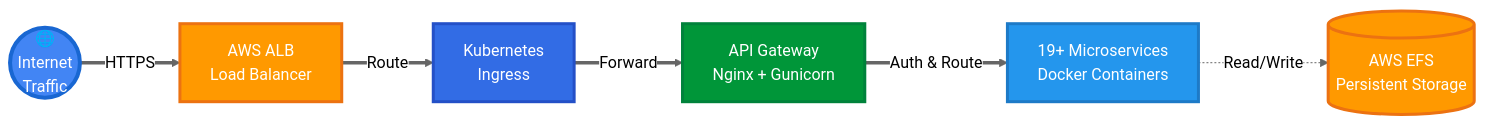
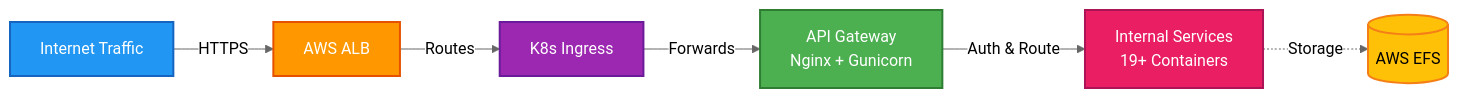
Before and after one commit to AdilAbubacker/rentezy_frontend: the first of 8 diagrams in README.md, drawn with Mermaid (neutral theme).

````diff
--- a/README.md
+++ b/README.md
@@ -16,22 +16,15 @@
 ```mermaid
-graph LR
-    Internet((🌐<br/>Internet<br/>Traffic))
-    ALB[AWS ALB<br/>Load Balancer]
-    Ingress[Kubernetes<br/>Ingress]
-    Gateway[API Gateway<br/>Nginx + Gunicorn]
-    Services[19+ Microservices<br/>Docker Containers]
-    Storage[(AWS EFS<br/>Persistent Storage)]
+flowchart LR
+    A[Internet Traffic] -->|HTTPS| B[AWS ALB]
+    B -->|Routes| C[K8s Ingress]
+    C -->|Forwards| D[API Gateway<br/>Nginx + Gunicorn]
+    D -->|Auth & Route| E[Internal Services<br/>19+ Containers]
+    E -.->|Storage| F[(AWS EFS)]
     
-    Internet ==>|HTTPS| ALB
-    ALB ==>|Route| Ingress
-    Ingress ==>|Forward| Gateway
-    Gateway ==>|Auth & Route| Services
-    Services -.->|Read/Write| Storage
-    
-    style Internet fill:#4285f4,stroke:#1967d2,stroke-width:4px,color:#fff
-    style ALB fill:#ff9900,stroke:#ec7211,stroke-width:3px,color:#fff
-    style Ingress fill:#326ce5,stroke:#2450c7,stroke-width:3px,color:#fff
-    style Gateway fill:#009639,stroke:#00823b,stroke-width:3px,color:#fff
-    style Services fill:#2496ed,stroke:#1d7ac7,stroke-width:3px,color:#fff
-    style Storage fill:#ff9900,stroke:#ec7211,stroke-width:3px,color:#fff
+    style A fill:#2196F3,stroke:#1565C0,stroke-width:2px,color:#fff
+    style B fill:#FF9800,stroke:#E65100,stroke-width:2px,color:#fff
+    style C fill:#9C27B0,stroke:#6A1B9A,stroke-width:2px,color:#fff
+    style D fill:#4CAF50,stroke:#2E7D32,stroke-width:2px,color:#fff
+    style E fill:#E91E63,stroke:#AD1457,stroke-width:2px,color:#fff
+    style F fill:#FFC107,stroke:#F57F17,stroke-width:2px,color:#000
 ```
````
